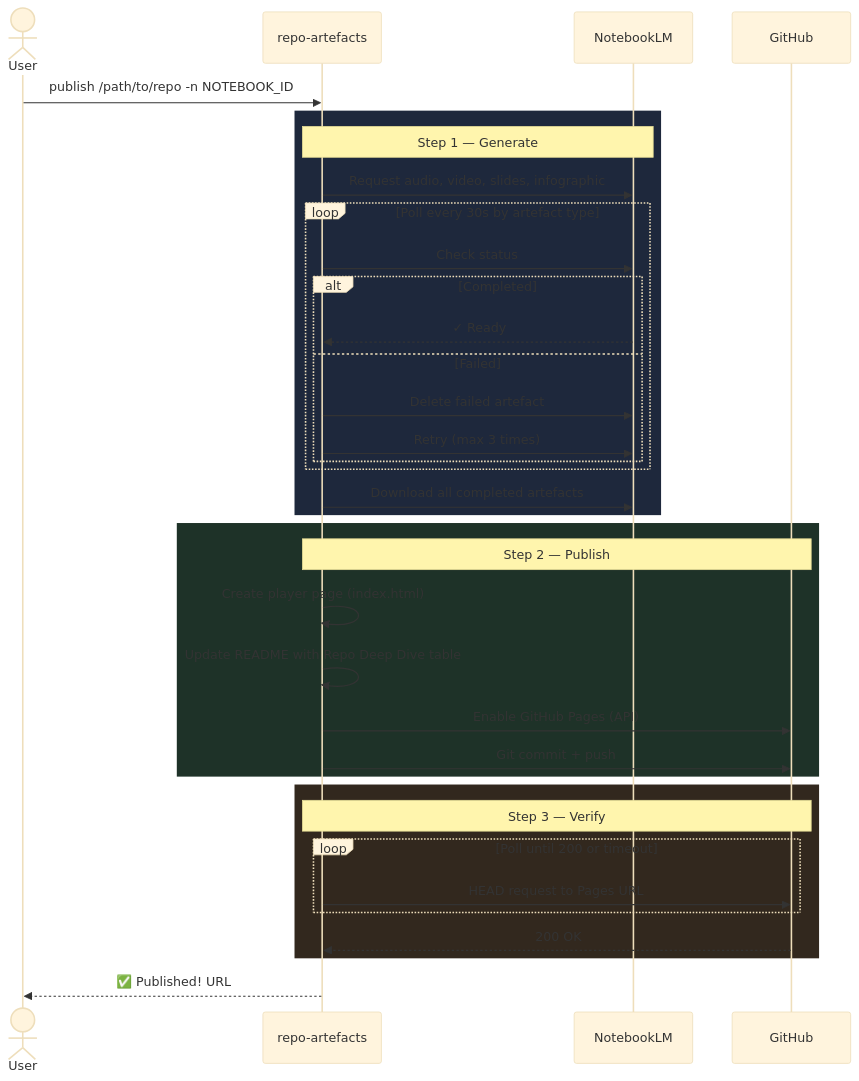
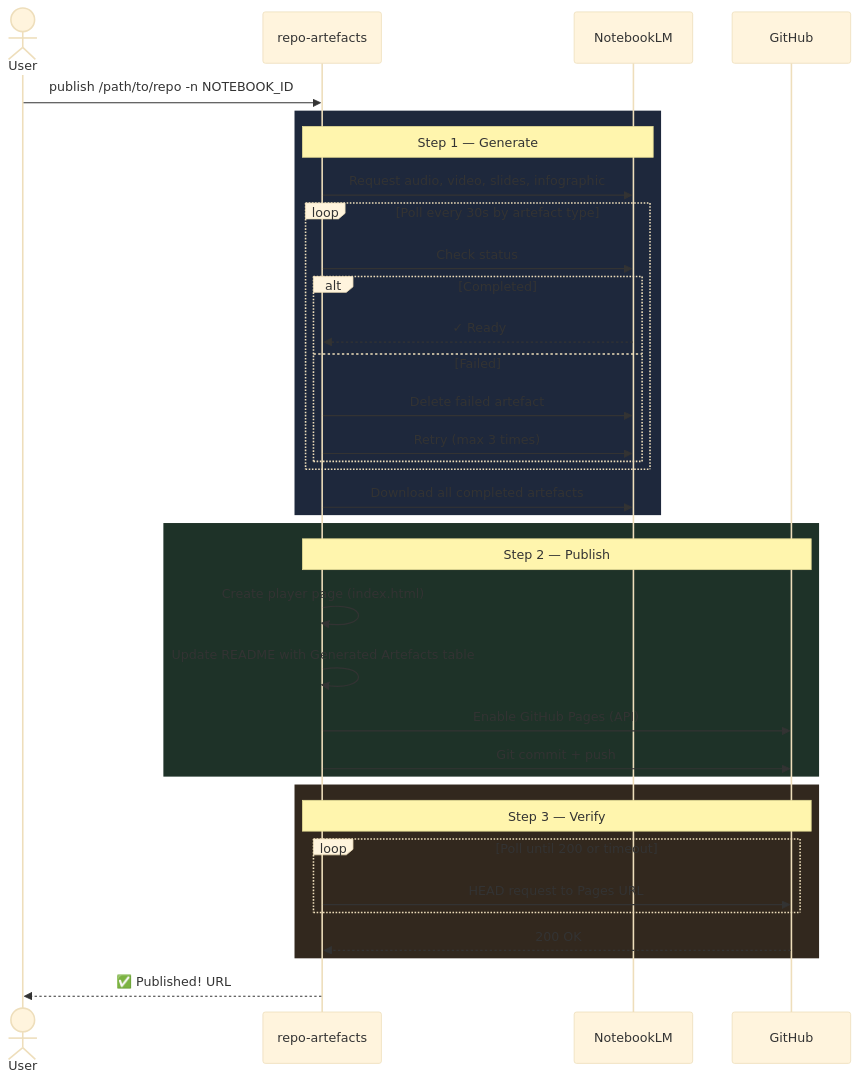
The third of 5 diagrams in docs/how-it-works.md (NetDevAutomate/notebooklm-repo-artefacts), drawn with Mermaid (base theme) before and after one commit. The commit also changed 17 other files, not shown here.

````diff
--- a/docs/how-it-works.md
+++ b/docs/how-it-works.md
@@ -59,42 +59,42 @@
 ```mermaid
 sequenceDiagram
     actor User
     participant CLI as repo-artefacts
     participant NLM as NotebookLM
     participant GH as GitHub
 
     User->>CLI: publish /path/to/repo -n NOTEBOOK_ID
 
     rect rgb(30, 40, 60)
     Note over CLI,NLM: Step 1 — Generate
     CLI->>NLM: Request audio, video, slides, infographic
     loop Poll every 30s by artefact type
         CLI->>NLM: Check status
         alt Completed
             NLM-->>CLI: ✓ Ready
         else Failed
             CLI->>NLM: Delete failed artefact
             CLI->>NLM: Retry (max 3 times)
         end
     end
     CLI->>NLM: Download all completed artefacts
     end
 
     rect rgb(30, 50, 40)
     Note over CLI,GH: Step 2 — Publish
     CLI->>CLI: Create player page (index.html)
-    CLI->>CLI: Update README with Repo Deep Dive table
+    CLI->>CLI: Update README with Generated Artefacts table
     CLI->>GH: Enable GitHub Pages (API)
     CLI->>GH: Git commit + push
     end
 
     rect rgb(50, 40, 30)
     Note over CLI,GH: Step 3 — Verify
     loop Poll until 200 or timeout
         CLI->>GH: HEAD request to Pages URL
     end
     GH-->>CLI: 200 OK
     end
 
     CLI-->>User: ✅ Published! URL
 ```
````
